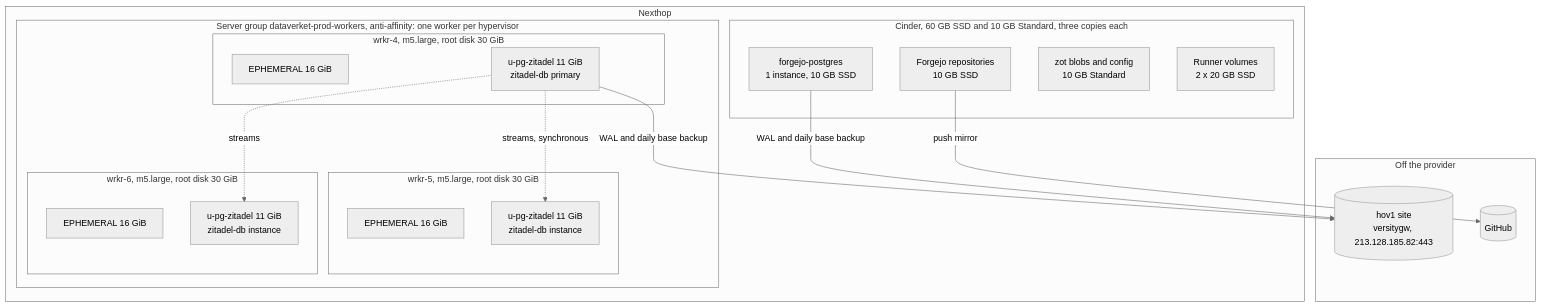
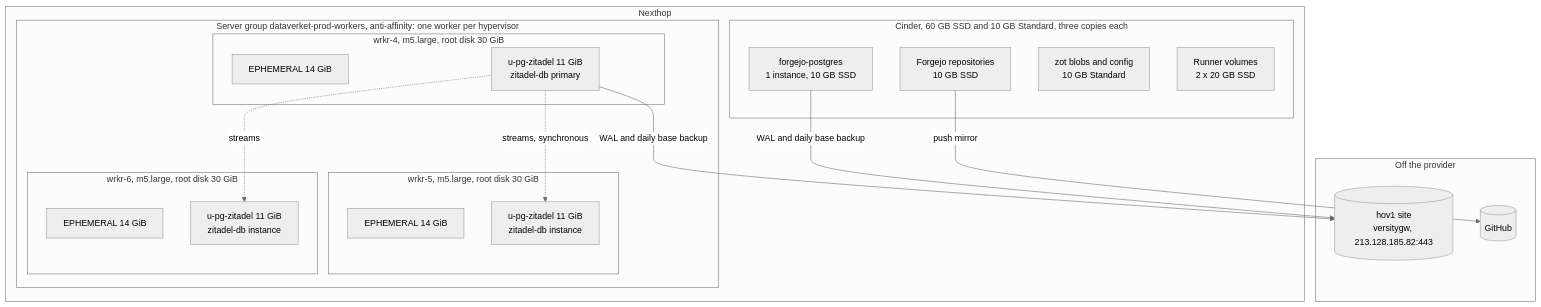
The second of 2 diagrams in docs/plans/2026-09-storage-building-blocks.md (dataverket-org/fabrikk-infra), drawn with Mermaid (neutral theme) before and after one commit. The commit also changed other lines of this file and 1 other file, not shown here.

First line of the commit message:
fix(talos): EPHEMERAL 14 GiB and pg-zitadel 11 GiB, minSize equal to maxSize

````diff
--- a/docs/plans/2026-09-storage-building-blocks.md
+++ b/docs/plans/2026-09-storage-building-blocks.md
@@ -96,34 +96,34 @@
 ```mermaid
 flowchart TB
   subgraph nexthop["Nexthop"]
     subgraph group["Server group dataverket-prod-workers, anti-affinity: one worker per hypervisor"]
       subgraph w4["wrkr-4, m5.large, root disk 30 GiB"]
-        e4["EPHEMERAL 16 GiB"]
+        e4["EPHEMERAL 14 GiB"]
         z4["u-pg-zitadel 11 GiB<br/>zitadel-db primary"]
       end
       subgraph w5["wrkr-5, m5.large, root disk 30 GiB"]
-        e5["EPHEMERAL 16 GiB"]
+        e5["EPHEMERAL 14 GiB"]
         z5["u-pg-zitadel 11 GiB<br/>zitadel-db instance"]
       end
       subgraph w6["wrkr-6, m5.large, root disk 30 GiB"]
-        e6["EPHEMERAL 16 GiB"]
+        e6["EPHEMERAL 14 GiB"]
         z6["u-pg-zitadel 11 GiB<br/>zitadel-db instance"]
       end
     end
     subgraph cinder["Cinder, 60 GB SSD and 10 GB Standard, three copies each"]
       fpg["forgejo-postgres<br/>1 instance, 10 GB SSD"]
       repo["Forgejo repositories<br/>10 GB SSD"]
       zot["zot blobs and config<br/>10 GB Standard"]
       run["Runner volumes<br/>2 x 20 GB SSD"]
     end
   end
   subgraph off["Off the provider"]
     hov1[("hov1 site<br/>versitygw, 213.128.185.82:443")]
     gh[("GitHub")]
   end
   repo -- "push mirror" --> gh
   z4 -. "streams, synchronous" .-> z5
   z4 -. "streams" .-> z6
   fpg -- "WAL and daily base backup" --> hov1
   z4 -- "WAL and daily base backup" --> hov1
 ```
````
